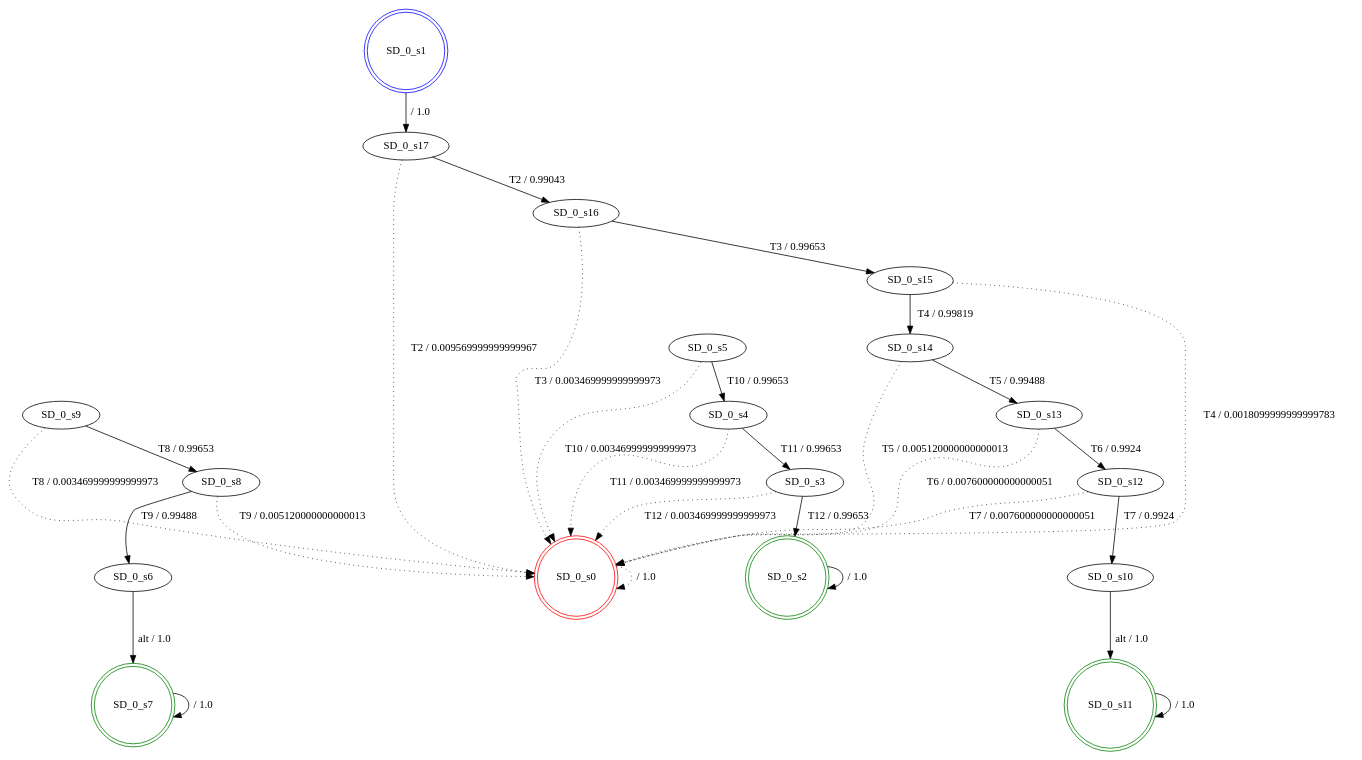
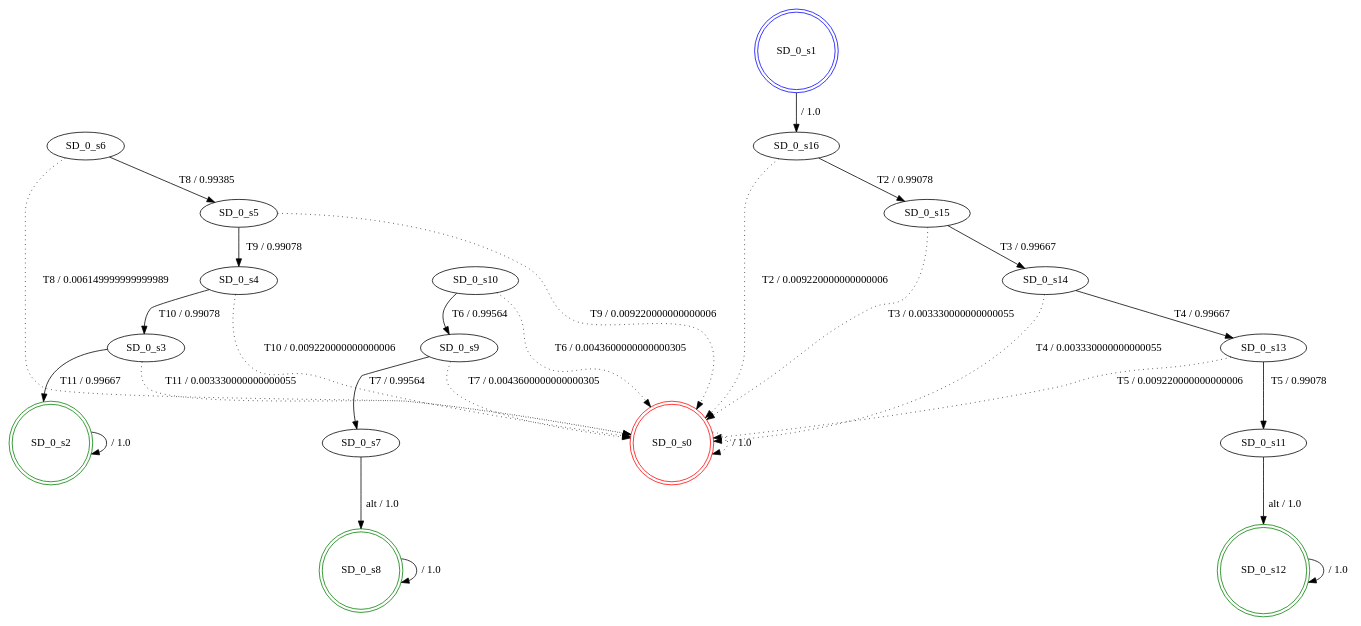
The diagram in src/results_joao/fdtmc_SD_0.dot (SPLMC/spl-generator), drawn with Graphviz before and after one commit. The commit also changed 34 other files, not shown here.

```diff
--- a/src/results_joao/fdtmc_SD_0.dot
+++ b/src/results_joao/fdtmc_SD_0.dot
@@ -1,49 +1,46 @@
 digraph graphname {
 SD_0_s0 [label="SD_0_s0",color=red,shape=doublecircle ];
 SD_0_s1 [label="SD_0_s1",color=blue,shape=doublecircle ];
 SD_0_s2 [label="SD_0_s2",color=green,shape=doublecircle ];
 SD_0_s3 [label="SD_0_s3" ];
 SD_0_s4 [label="SD_0_s4" ];
 SD_0_s5 [label="SD_0_s5" ];
 SD_0_s6 [label="SD_0_s6" ];
-SD_0_s7 [label="SD_0_s7",color=green,shape=doublecircle ];
-SD_0_s8 [label="SD_0_s8" ];
+SD_0_s7 [label="SD_0_s7" ];
+SD_0_s8 [label="SD_0_s8",color=green,shape=doublecircle ];
 SD_0_s9 [label="SD_0_s9" ];
 SD_0_s10 [label="SD_0_s10" ];
-SD_0_s11 [label="SD_0_s11",color=green,shape=doublecircle ];
-SD_0_s12 [label="SD_0_s12" ];
+SD_0_s11 [label="SD_0_s11" ];
+SD_0_s12 [label="SD_0_s12",color=green,shape=doublecircle ];
 SD_0_s13 [label="SD_0_s13" ];
 SD_0_s14 [label="SD_0_s14" ];
 SD_0_s15 [label="SD_0_s15" ];
 SD_0_s16 [label="SD_0_s16" ];
-SD_0_s17 [label="SD_0_s17" ];
 SD_0_s0 -> SD_0_s0 [label=" / 1.0", style=dotted];
-SD_0_s1 -> SD_0_s17 [label=" / 1.0"];
+SD_0_s1 -> SD_0_s16 [label=" / 1.0"];
 SD_0_s2 -> SD_0_s2 [label=" / 1.0"];
-SD_0_s3 -> SD_0_s2 [label="T12 / 0.99653"];
-SD_0_s3 -> SD_0_s0 [label="T12 / 0.003469999999999973", style=dotted];
-SD_0_s4 -> SD_0_s3 [label="T11 / 0.99653"];
-SD_0_s4 -> SD_0_s0 [label="T11 / 0.003469999999999973", style=dotted];
-SD_0_s5 -> SD_0_s4 [label="T10 / 0.99653"];
-SD_0_s5 -> SD_0_s0 [label="T10 / 0.003469999999999973", style=dotted];
-SD_0_s6 -> SD_0_s7 [label="alt / 1.0"];
-SD_0_s7 -> SD_0_s7 [label=" / 1.0"];
-SD_0_s8 -> SD_0_s6 [label="T9 / 0.99488"];
-SD_0_s8 -> SD_0_s0 [label="T9 / 0.005120000000000013", style=dotted];
-SD_0_s9 -> SD_0_s8 [label="T8 / 0.99653"];
-SD_0_s9 -> SD_0_s0 [label="T8 / 0.003469999999999973", style=dotted];
-SD_0_s10 -> SD_0_s11 [label="alt / 1.0"];
-SD_0_s11 -> SD_0_s11 [label=" / 1.0"];
-SD_0_s12 -> SD_0_s10 [label="T7 / 0.9924"];
-SD_0_s12 -> SD_0_s0 [label="T7 / 0.007600000000000051", style=dotted];
-SD_0_s13 -> SD_0_s12 [label="T6 / 0.9924"];
-SD_0_s13 -> SD_0_s0 [label="T6 / 0.007600000000000051", style=dotted];
-SD_0_s14 -> SD_0_s13 [label="T5 / 0.99488"];
-SD_0_s14 -> SD_0_s0 [label="T5 / 0.005120000000000013", style=dotted];
-SD_0_s15 -> SD_0_s14 [label="T4 / 0.99819"];
-SD_0_s15 -> SD_0_s0 [label="T4 / 0.0018099999999999783", style=dotted];
-SD_0_s16 -> SD_0_s15 [label="T3 / 0.99653"];
-SD_0_s16 -> SD_0_s0 [label="T3 / 0.003469999999999973", style=dotted];
-SD_0_s17 -> SD_0_s16 [label="T2 / 0.99043"];
-SD_0_s17 -> SD_0_s0 [label="T2 / 0.009569999999999967", style=dotted];
+SD_0_s3 -> SD_0_s2 [label="T11 / 0.99667"];
+SD_0_s3 -> SD_0_s0 [label="T11 / 0.003330000000000055", style=dotted];
+SD_0_s4 -> SD_0_s3 [label="T10 / 0.99078"];
+SD_0_s4 -> SD_0_s0 [label="T10 / 0.009220000000000006", style=dotted];
+SD_0_s5 -> SD_0_s4 [label="T9 / 0.99078"];
+SD_0_s5 -> SD_0_s0 [label="T9 / 0.009220000000000006", style=dotted];
+SD_0_s6 -> SD_0_s5 [label="T8 / 0.99385"];
+SD_0_s6 -> SD_0_s0 [label="T8 / 0.006149999999999989", style=dotted];
+SD_0_s7 -> SD_0_s8 [label="alt / 1.0"];
+SD_0_s8 -> SD_0_s8 [label=" / 1.0"];
+SD_0_s9 -> SD_0_s7 [label="T7 / 0.99564"];
+SD_0_s9 -> SD_0_s0 [label="T7 / 0.0043600000000000305", style=dotted];
+SD_0_s10 -> SD_0_s9 [label="T6 / 0.99564"];
+SD_0_s10 -> SD_0_s0 [label="T6 / 0.0043600000000000305", style=dotted];
+SD_0_s11 -> SD_0_s12 [label="alt / 1.0"];
+SD_0_s12 -> SD_0_s12 [label=" / 1.0"];
+SD_0_s13 -> SD_0_s11 [label="T5 / 0.99078"];
+SD_0_s13 -> SD_0_s0 [label="T5 / 0.009220000000000006", style=dotted];
+SD_0_s14 -> SD_0_s13 [label="T4 / 0.99667"];
+SD_0_s14 -> SD_0_s0 [label="T4 / 0.003330000000000055", style=dotted];
+SD_0_s15 -> SD_0_s14 [label="T3 / 0.99667"];
+SD_0_s15 -> SD_0_s0 [label="T3 / 0.003330000000000055", style=dotted];
+SD_0_s16 -> SD_0_s15 [label="T2 / 0.99078"];
+SD_0_s16 -> SD_0_s0 [label="T2 / 0.009220000000000006", style=dotted];
 }
```
